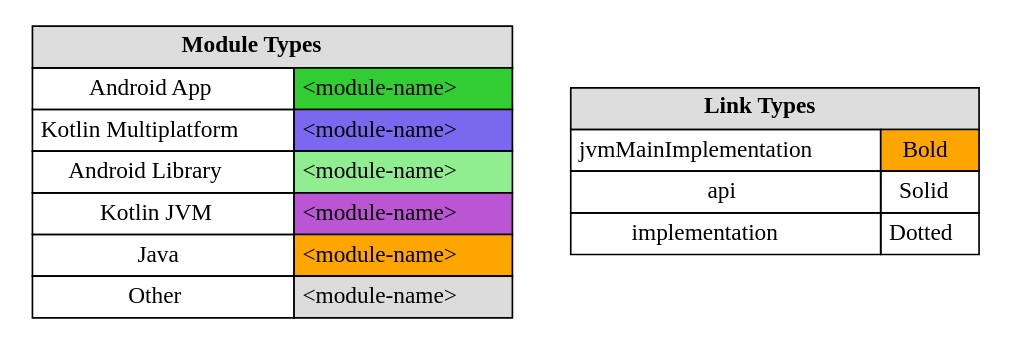
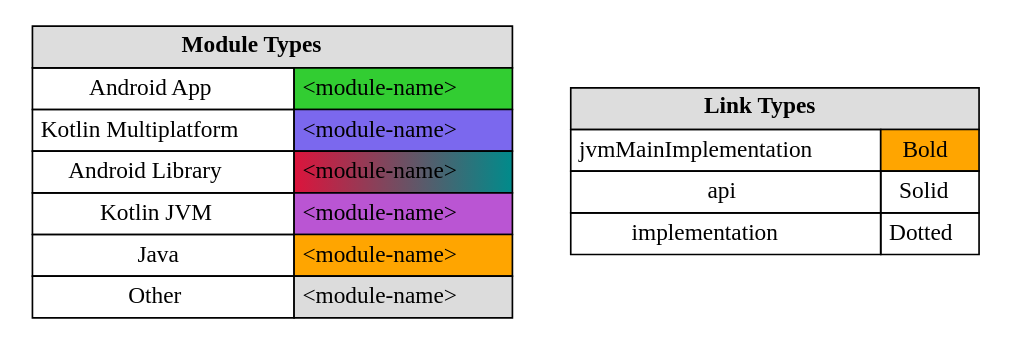
The diagram in samples/sample-graphviz/modular/legend.dot (jonapoul/atlas), drawn with Graphviz before and after one commit. The commit also changed 52 other files, not shown here.

Commit message:
Add better graphviz attributes  (#262)

```diff
--- a/samples/sample-graphviz/modular/legend.dot
+++ b/samples/sample-graphviz/modular/legend.dot
@@ -1,22 +1,22 @@
 digraph {
   node [shape=plaintext]
   modules [label=<
   <TABLE BORDER="0" CELLBORDER="1" CELLSPACING="0" CELLPADDING="4">
     <TR><TD COLSPAN="2" BGCOLOR="#DDDDDD"><B>Module Types</B></TD></TR>
     <TR><TD>Android App</TD><TD BGCOLOR="limegreen">&lt;module-name&gt;</TD></TR>
     <TR><TD>Kotlin Multiplatform</TD><TD BGCOLOR="mediumslateblue">&lt;module-name&gt;</TD></TR>
-    <TR><TD>Android Library</TD><TD BGCOLOR="lightgreen">&lt;module-name&gt;</TD></TR>
+    <TR><TD>Android Library</TD><TD BGCOLOR="crimson:cyan4">&lt;module-name&gt;</TD></TR>
     <TR><TD>Kotlin JVM</TD><TD BGCOLOR="mediumorchid">&lt;module-name&gt;</TD></TR>
     <TR><TD>Java</TD><TD BGCOLOR="orange">&lt;module-name&gt;</TD></TR>
     <TR><TD>Other</TD><TD BGCOLOR="gainsboro">&lt;module-name&gt;</TD></TR>
   </TABLE>
   >];
   links [label=<
   <TABLE BORDER="0" CELLBORDER="1" CELLSPACING="0" CELLPADDING="4">
     <TR><TD COLSPAN="2" BGCOLOR="#DDDDDD"><B>Link Types</B></TD></TR>
     <TR><TD>jvmMainImplementation</TD><TD BGCOLOR="orange">Bold</TD></TR>
     <TR><TD>api</TD><TD>Solid</TD></TR>
     <TR><TD>implementation</TD><TD>Dotted</TD></TR>
   </TABLE>
   >];
 }
```
